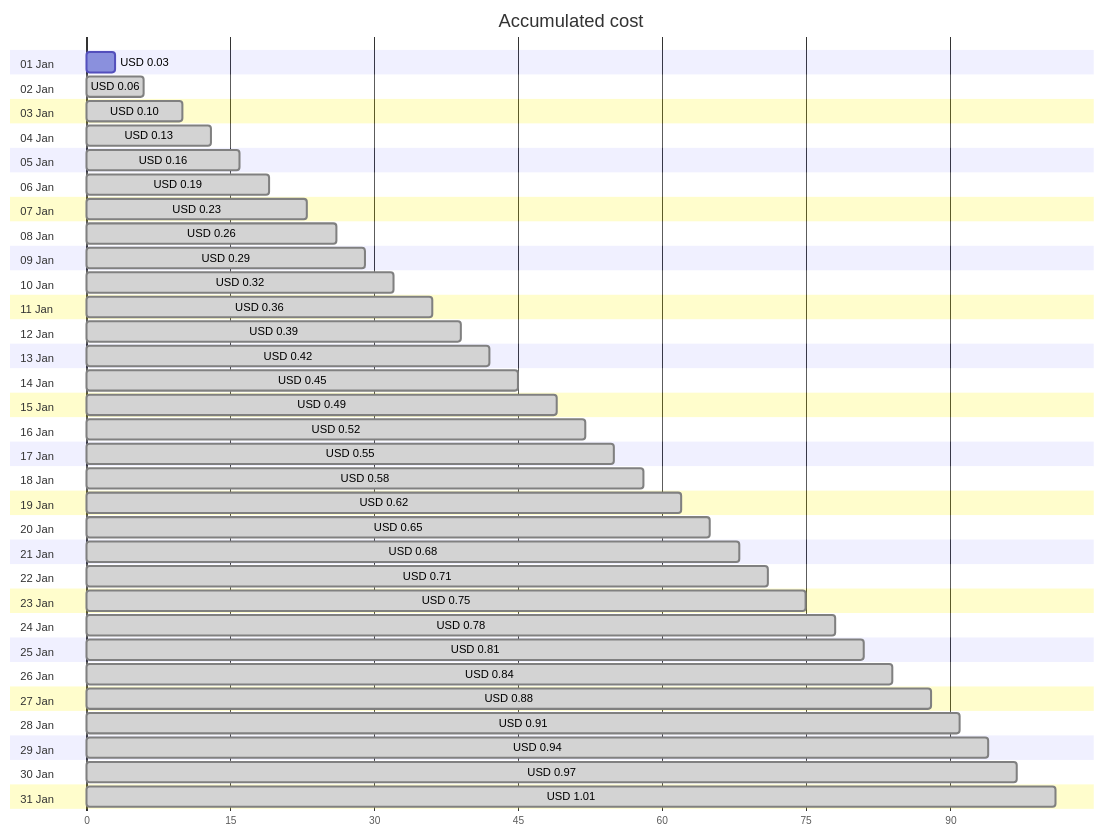
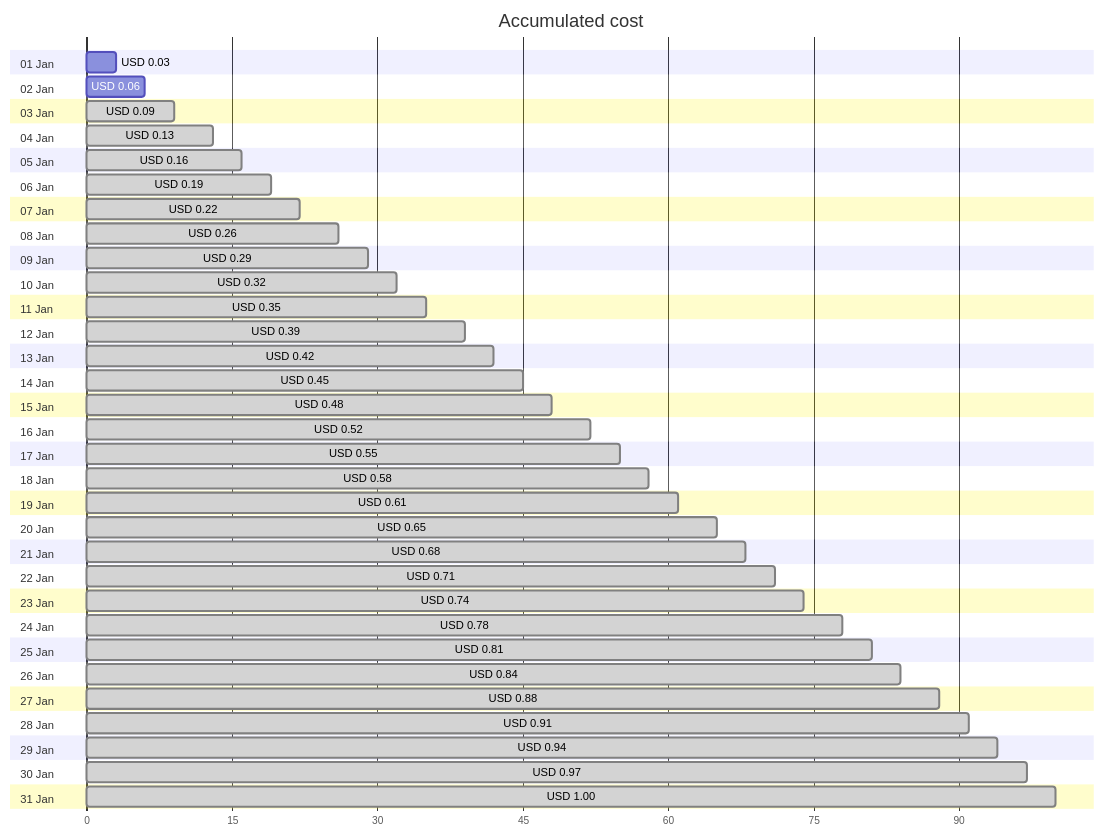
The first of 4 diagrams in cost-reports/personal-dns/README.md (jpfulton/azure-personal-reports), drawn with Mermaid before and after one commit. The commit also changed other lines of this file and 2 other files, not shown here.

````diff
--- a/cost-reports/personal-dns/README.md
+++ b/cost-reports/personal-dns/README.md
@@ -20,68 +20,68 @@
 ```mermaid
 gantt
    title Accumulated cost
    dateFormat  X
    axisFormat %s
    section 01 Jan
    USD 0.03 :0, 3
    section 02 Jan
-   USD 0.06 : done, 0, 6
+   USD 0.06 :0, 6
    section 03 Jan
-   USD 0.10 : done, 0, 10
+   USD 0.09 : done, 0, 9
    section 04 Jan
    USD 0.13 : done, 0, 13
    section 05 Jan
    USD 0.16 : done, 0, 16
    section 06 Jan
    USD 0.19 : done, 0, 19
    section 07 Jan
-   USD 0.23 : done, 0, 23
+   USD 0.22 : done, 0, 22
    section 08 Jan
    USD 0.26 : done, 0, 26
    section 09 Jan
    USD 0.29 : done, 0, 29
    section 10 Jan
    USD 0.32 : done, 0, 32
    section 11 Jan
-   USD 0.36 : done, 0, 36
+   USD 0.35 : done, 0, 35
    section 12 Jan
    USD 0.39 : done, 0, 39
    section 13 Jan
    USD 0.42 : done, 0, 42
    section 14 Jan
    USD 0.45 : done, 0, 45
    section 15 Jan
-   USD 0.49 : done, 0, 49
+   USD 0.48 : done, 0, 48
    section 16 Jan
    USD 0.52 : done, 0, 52
    section 17 Jan
    USD 0.55 : done, 0, 55
    section 18 Jan
    USD 0.58 : done, 0, 58
    section 19 Jan
-   USD 0.62 : done, 0, 62
+   USD 0.61 : done, 0, 61
    section 20 Jan
    USD 0.65 : done, 0, 65
    section 21 Jan
    USD 0.68 : done, 0, 68
    section 22 Jan
    USD 0.71 : done, 0, 71
    section 23 Jan
-   USD 0.75 : done, 0, 75
+   USD 0.74 : done, 0, 74
    section 24 Jan
    USD 0.78 : done, 0, 78
    section 25 Jan
    USD 0.81 : done, 0, 81
    section 26 Jan
    USD 0.84 : done, 0, 84
    section 27 Jan
    USD 0.88 : done, 0, 88
    section 28 Jan
    USD 0.91 : done, 0, 91
    section 29 Jan
    USD 0.94 : done, 0, 94
    section 30 Jan
    USD 0.97 : done, 0, 97
    section 31 Jan
-   USD 1.01 : done, 0, 101
+   USD 1.00 : done, 0, 100
 ```
````
